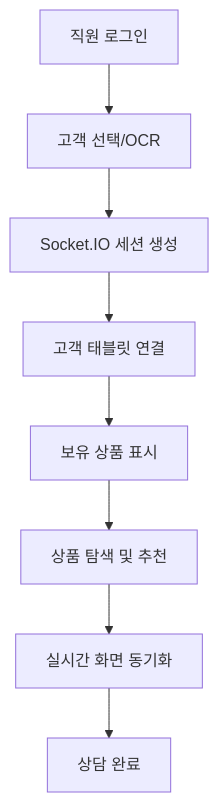
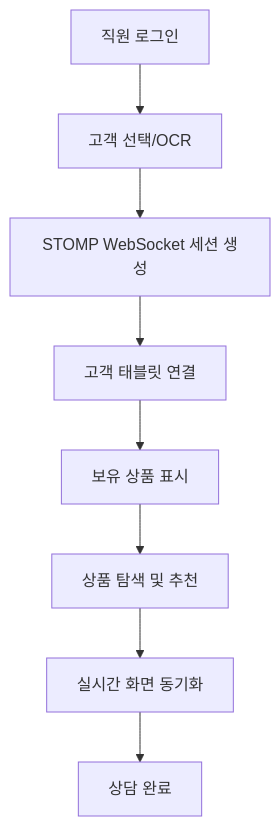
One commit to ppdoli123/bank-teller-workspace changed the diagram in README.md. Above: the diagram before and after it, drawn with Mermaid. The commit also changed other lines of this file and 34 other files, not shown here.

````diff
--- a/README.md
+++ b/README.md
@@ -223,10 +194,10 @@
 ```mermaid
 graph TD
     A[직원 로그인] --> B[고객 선택/OCR]
-    B --> C[Socket.IO 세션 생성]
+    B --> C[STOMP WebSocket 세션 생성]
     C --> D[고객 태블릿 연결]
     D --> E[보유 상품 표시]
     E --> F[상품 탐색 및 추천]
     F --> G[실시간 화면 동기화]
     G --> H[상담 완료]
 ```
````
